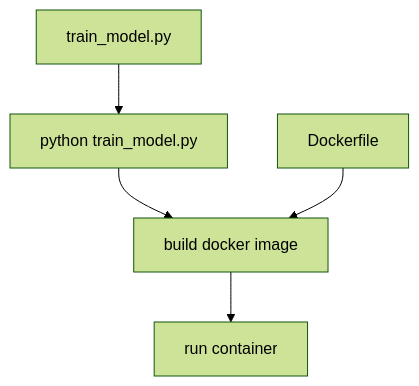
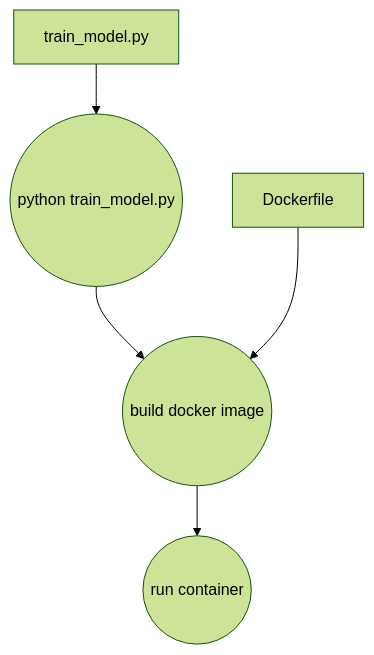
Before and after one commit to ketut-garjita/E-Commerce-Engagement-ML: the first of 3 diagrams in README.md, drawn with Mermaid (forest theme).

````diff
--- a/README.md
+++ b/README.md
@@ -111,7 +111,7 @@
 ```mermaid
    graph TD
-    A[python train_model.py] --> B[build docker image]
-    B --> C[run container]
+    A((python train_model.py)) --> B((build docker image))
+    B --> C((run container))
     train_model.py --> A
     Dockerfile --> B
 ```
````
